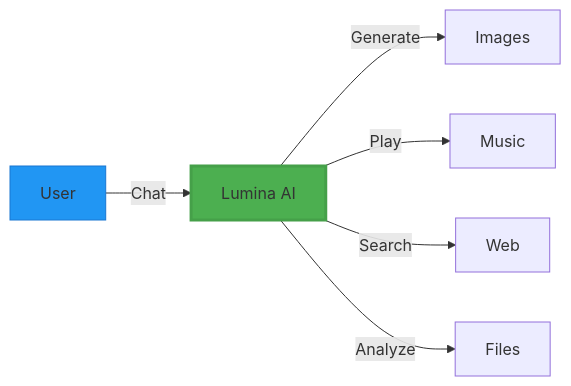
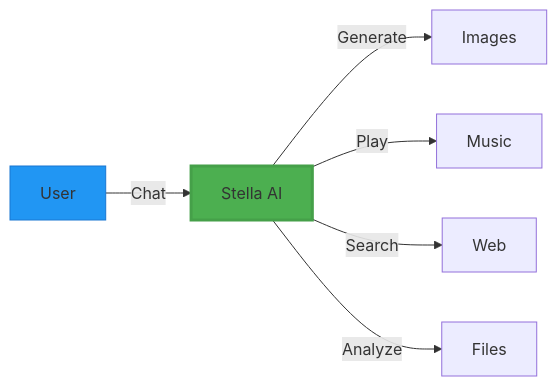
One commit to Chunn241529/FourTAgent changed the first of 2 diagrams in README.md. Above: the diagram before and after it, drawn with Mermaid. The commit also changed other lines of this file and 28 other files, not shown here.

````diff
--- a/README.md
+++ b/README.md
@@ -55,10 +55,10 @@
 ```mermaid
 graph LR
-    A[User] -->|Chat| B[Lumina AI]
+    A[User] -->|Chat| B[Stella AI]
     B -->|Generate| C[Images]
     B -->|Play| D[Music]
     B -->|Search| E[Web]
     B -->|Analyze| F[Files]
     style B fill:#4CAF50,stroke:#45a049,stroke-width:3px
     style A fill:#2196F3,stroke:#1976D2
 ```
````
